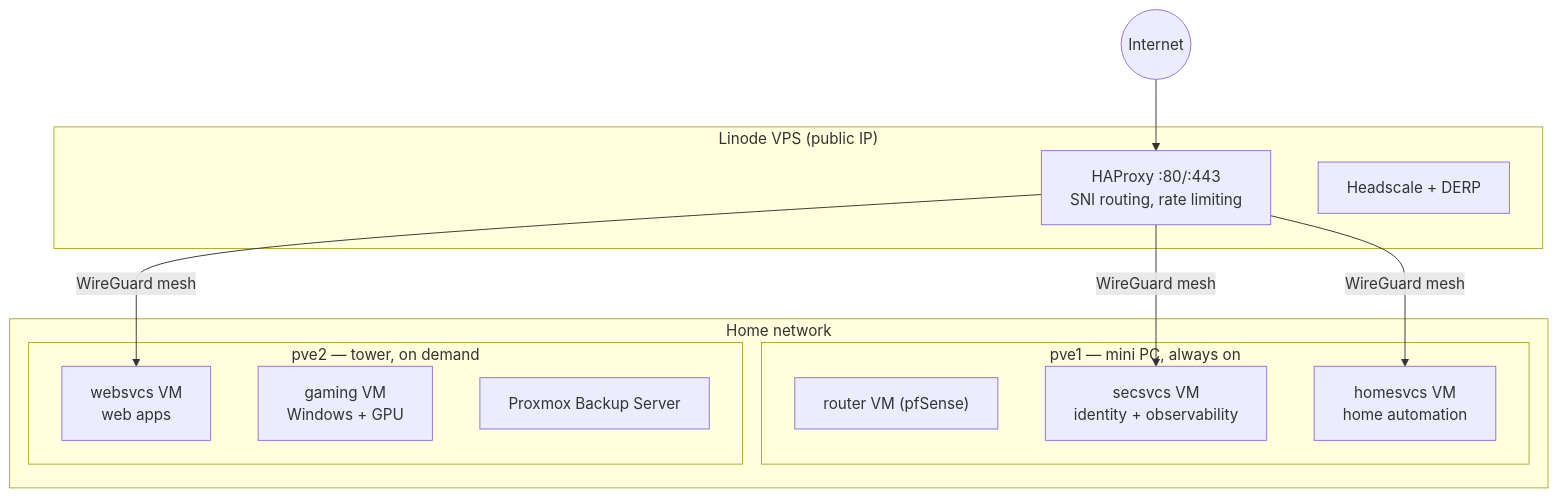
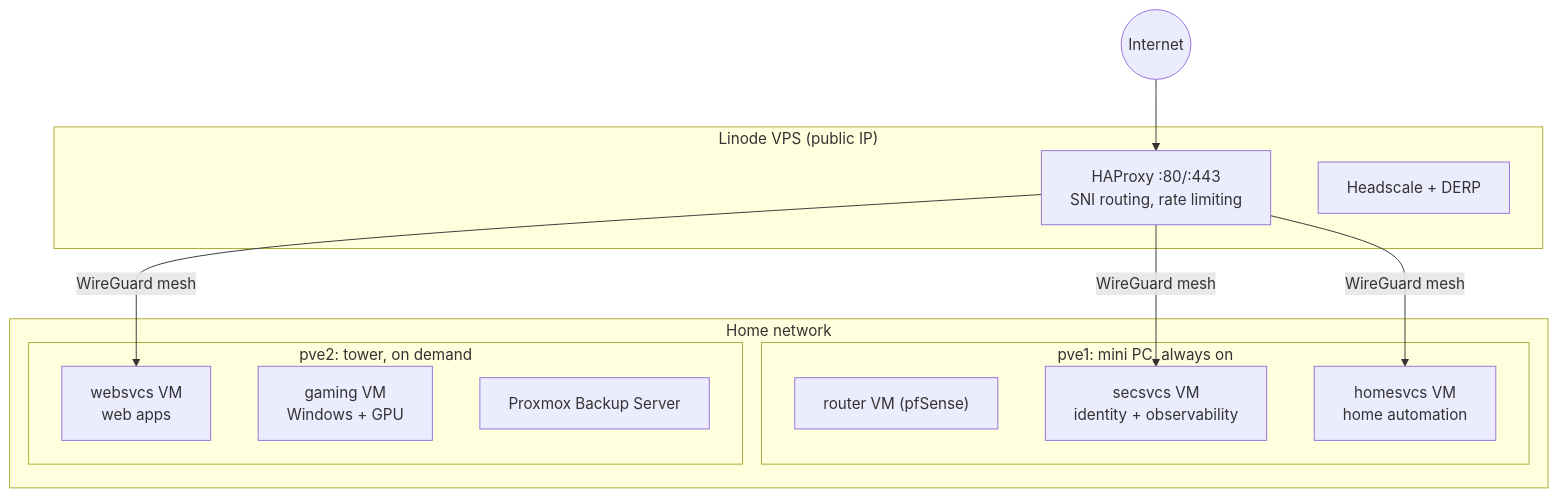
Before and after one commit to babraham123/homesite: the diagram in src/www/docs/blog/posts/private-cloud-at-home.md, drawn with Mermaid. The commit also changed other lines of this file and 11 other files, not shown here.

````diff
--- a/src/www/docs/blog/posts/private-cloud-at-home.md
+++ b/src/www/docs/blog/posts/private-cloud-at-home.md
@@ -36,24 +36,24 @@
 ```mermaid
 flowchart TB
     inet(("Internet"))
     subgraph vps["Linode VPS (public IP)"]
         haproxy["HAProxy :80/:443<br/>SNI routing, rate limiting"]
         headscale["Headscale + DERP"]
     end
     subgraph home["Home network"]
-        subgraph pve1["pve1 — mini PC, always on"]
+        subgraph pve1["pve1: mini PC, always on"]
             router["router VM (pfSense)"]
             secsvcs["secsvcs VM<br/>identity + observability"]
             homesvcs["homesvcs VM<br/>home automation"]
         end
-        subgraph pve2["pve2 — tower, on demand"]
+        subgraph pve2["pve2: tower, on demand"]
             websvcs["websvcs VM<br/>web apps"]
             gaming["gaming VM<br/>Windows + GPU"]
             pbs["Proxmox Backup Server"]
         end
     end
     inet --> haproxy
     haproxy -- "WireGuard mesh" --> secsvcs
     haproxy -- "WireGuard mesh" --> homesvcs
     haproxy -- "WireGuard mesh" --> websvcs
 ```
````
